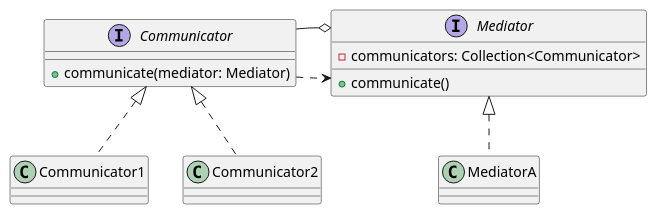
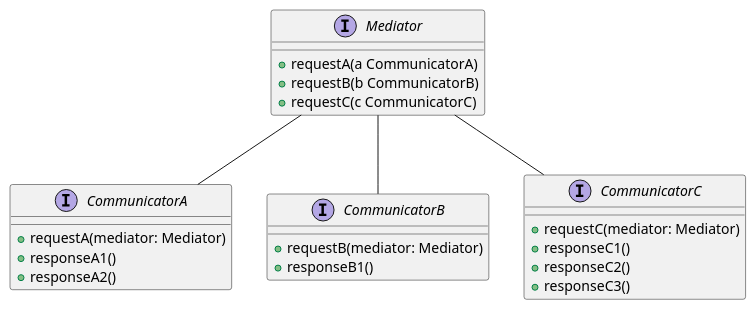
Before and after one commit to mengxianbin/cs-notes: the diagram in Design/Design Patterns/Behavioral Patterns/Others/Mediator.md, drawn with PlantUML. The commit also changed 8 other files, not shown here.

````diff
--- a/Design/Design Patterns/Behavioral Patterns/Others/Mediator.md
+++ b/Design/Design Patterns/Behavioral Patterns/Others/Mediator.md
@@ -1,33 +2,33 @@
 ```puml
 @startuml
 
 interface Mediator {
-    - communicators: Collection<Communicator>
-    + communicate()
+    + requestA(a CommunicatorA)
+    + requestB(b CommunicatorB)
+    + requestC(c CommunicatorC)
 }
 
-interface Communicator {
-    + communicate(mediator: Mediator)
+interface CommunicatorA {
+    + requestA(mediator: Mediator)
+    + responseA1()
+    + responseA2()
 }
 
-class MediatorA {
-
+interface CommunicatorB {
+    + requestB(mediator: Mediator)
+    + responseB1()
 }
 
-class Communicator1 {
-
+interface CommunicatorC {
+    + requestC(mediator: Mediator)
+    + responseC1()
+    + responseC2()
+    + responseC3()
 }
 
-class Communicator2 {
-    
-}
-
-Communicator .> Mediator
-Communicator -o Mediator
-Communicator <|.. Communicator1
-Communicator <|.. Communicator2
-
-Mediator <|.. MediatorA
+Mediator -- CommunicatorA
+Mediator -- CommunicatorB
+Mediator -- CommunicatorC
 
 @enduml
 ```
````
